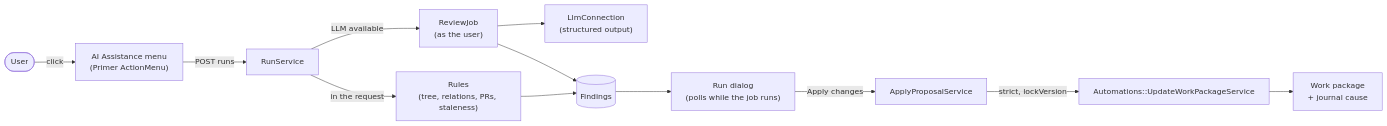
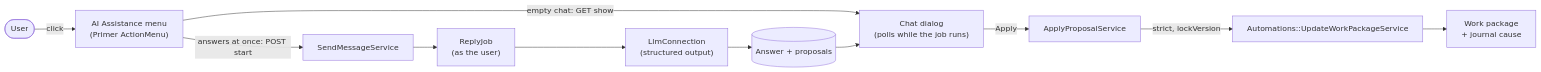
The diagram in docs/development/concepts/ai-assistance/README.md (opf/openproject), drawn with Mermaid before and after one commit. The commit also changed other lines of this file, not shown here.

First line of the commit message:
Describe AI Assistance as conversations with proposals

````diff
--- a/docs/development/concepts/ai-assistance/README.md
+++ b/docs/development/concepts/ai-assistance/README.md
@@ -27,14 +27,13 @@
 ```mermaid
 flowchart LR
   U([User]) -->|click| M["AI Assistance menu<br/>(Primer ActionMenu)"]
-  M -->|POST runs| RS["RunService"]
-  RS -->|in the request| R["Rules<br/>(tree, relations, PRs, staleness)"]
-  RS -->|LLM available| J["ReviewJob<br/>(as the user)"]
+  M -->|answers at once: POST start| S["SendMessageService"]
+  M -->|empty chat: GET show| D
+  S --> J["ReplyJob<br/>(as the user)"]
   J --> LLM["LlmConnection<br/>(structured output)"]
-  R --> F[("Findings")]
-  J --> F
-  F --> D["Run dialog<br/>(polls while the job runs)"]
-  D -->|Apply changes| A["ApplyProposalService"]
+  LLM --> P[("Answer + proposals")]
+  P --> D["Chat dialog<br/>(polls while the job runs)"]
+  D -->|Apply| A["ApplyProposalService"]
   A -->|strict, lockVersion| AU["Automations::UpdateWorkPackageService"]
   AU --> WP["Work package<br/>+ journal cause"]
 ```
````
